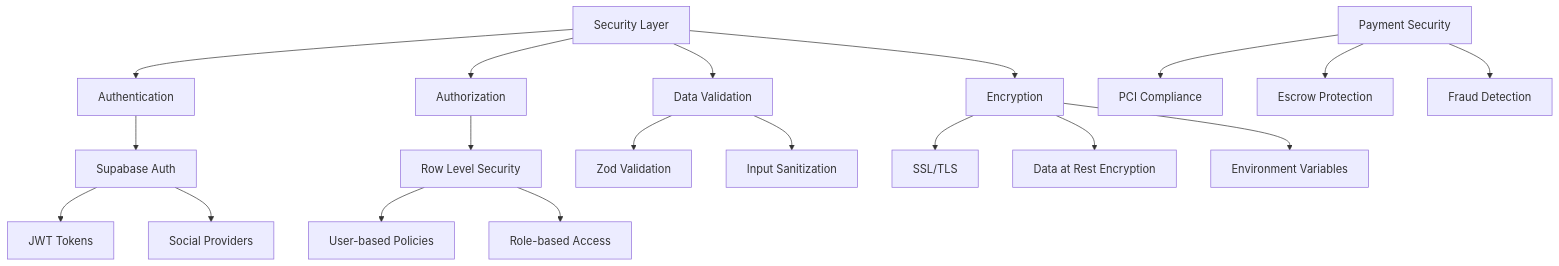
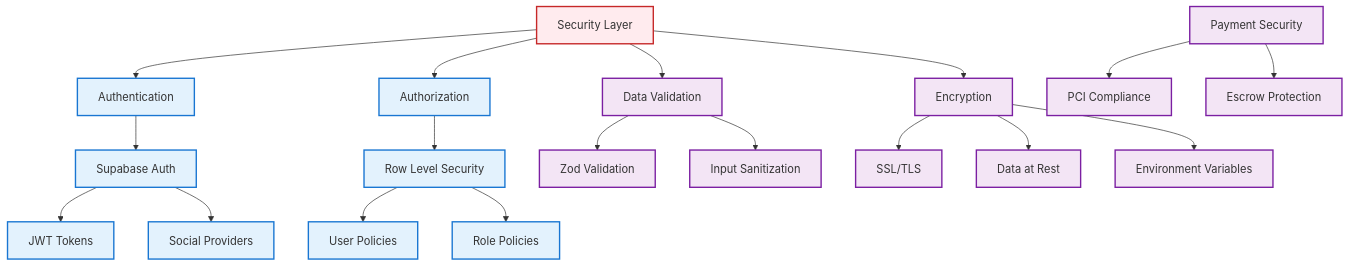
Before and after one commit to Om7035/student-market: the eighth of 11 diagrams in ARCHITECTURE_DIAGRAMS.md, drawn with Mermaid. The commit also changed other lines of this file, not shown here.

````diff
--- a/ARCHITECTURE_DIAGRAMS.md
+++ b/ARCHITECTURE_DIAGRAMS.md
@@ -567,26 +427,33 @@
 ```mermaid
 graph TB
-    A[Security Layer] --> B[Authentication]
-    A --> C[Authorization]
-    A --> D[Data Validation]
-    A --> E[Encryption]
+    Security[Security Layer] --> Auth[Authentication]
+    Security --> Authz[Authorization]
+    Security --> Validation[Data Validation]
+    Security --> Encryption[Encryption]
     
-    B --> F[Supabase Auth]
-    F --> G[JWT Tokens]
-    F --> H[Social Providers]
+    Auth --> SupabaseAuth[Supabase Auth]
+    SupabaseAuth --> JWT[JWT Tokens]
+    SupabaseAuth --> Social[Social Providers]
     
-    C --> I[Row Level Security]
-    I --> J[User-based Policies]
-    I --> K[Role-based Access]
+    Authz --> RLS[Row Level Security]
+    RLS --> UserPolicies[User Policies]
+    RLS --> RolePolicies[Role Policies]
     
-    D --> L[Zod Validation]
-    D --> M[Input Sanitization]
+    Validation --> Zod[Zod Validation]
+    Validation --> Sanitization[Input Sanitization]
     
-    E --> N[SSL/TLS]
-    E --> O[Data at Rest Encryption]
-    E --> P[Environment Variables]
+    Encryption --> SSL[SSL/TLS]
+    Encryption --> DataAtRest[Data at Rest]
+    Encryption --> EnvVars[Environment Variables]
     
-    Q[Payment Security] --> R[PCI Compliance]
-    Q --> S[Escrow Protection]
-    Q --> T[Fraud Detection]
+    PaymentSecurity[Payment Security] --> PCI[PCI Compliance]
+    PaymentSecurity --> Escrow[Escrow Protection]
+    
+    classDef securityBox fill:#ffebee,stroke:#c62828,stroke-width:2px
+    classDef authBox fill:#e3f2fd,stroke:#1976d2,stroke-width:2px
+    classDef dataBox fill:#f3e5f5,stroke:#7b1fa2,stroke-width:2px
+    
+    class Security securityBox
+    class Auth,Authz,SupabaseAuth,JWT,Social,RLS,UserPolicies,RolePolicies authBox
+    class Validation,Encryption,Zod,Sanitization,SSL,DataAtRest,EnvVars,PaymentSecurity,PCI,Escrow dataBox
 ```
````
